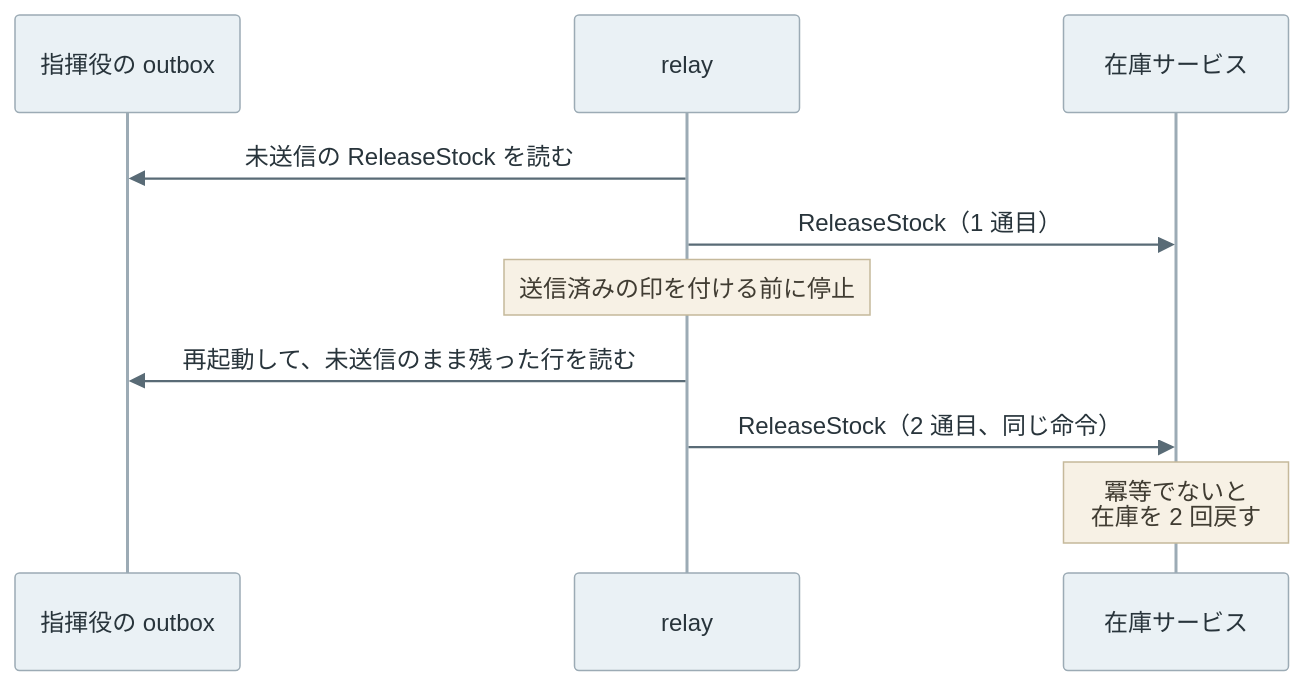
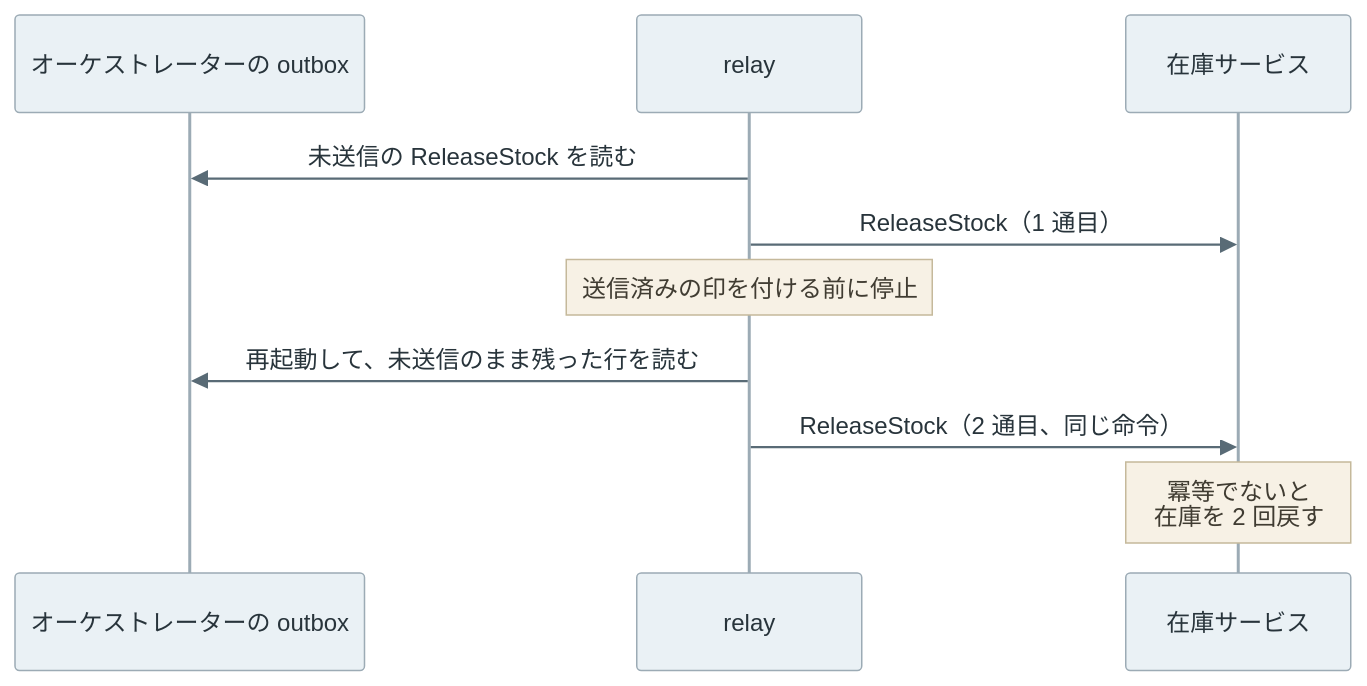
Before and after one commit to nao1215/debimate: the second of 2 diagrams in content/notes/distributed-systems/saga/index.md, drawn with Mermaid. The commit also changed other lines of this file and 27 other files, not shown here.

````diff
--- a/content/notes/distributed-systems/saga/index.md
+++ b/content/notes/distributed-systems/saga/index.md
@@ -264,13 +264,13 @@
 ```mermaid
 %%{init: {"theme":"base","themeVariables":{"primaryColor":"#eaf1f5","primaryTextColor":"#28343b","primaryBorderColor":"#9cabb5","lineColor":"#596b76","textColor":"#28343b","actorBkg":"#eaf1f5","actorBorder":"#9cabb5","actorTextColor":"#28343b","actorLineColor":"#9cabb5","signalColor":"#596b76","signalTextColor":"#28343b","noteBkgColor":"#f7f1e5","noteBorderColor":"#c5b99b","noteTextColor":"#403c32","activationBkgColor":"#edf3ef","activationBorderColor":"#9aafa1"}}}%%
 sequenceDiagram
-    participant O as 指揮役の outbox
+    participant O as オーケストレーターの outbox
     participant R as relay
     participant I as 在庫サービス
     R->>O: 未送信の ReleaseStock を読む
     R->>I: ReleaseStock（1 通目）
     Note over R: 送信済みの印を付ける前に停止
     R->>O: 再起動して、未送信のまま残った行を読む
     R->>I: ReleaseStock（2 通目、同じ命令）
     Note over I: 冪等でないと<br/>在庫を 2 回戻す
 ```
````
